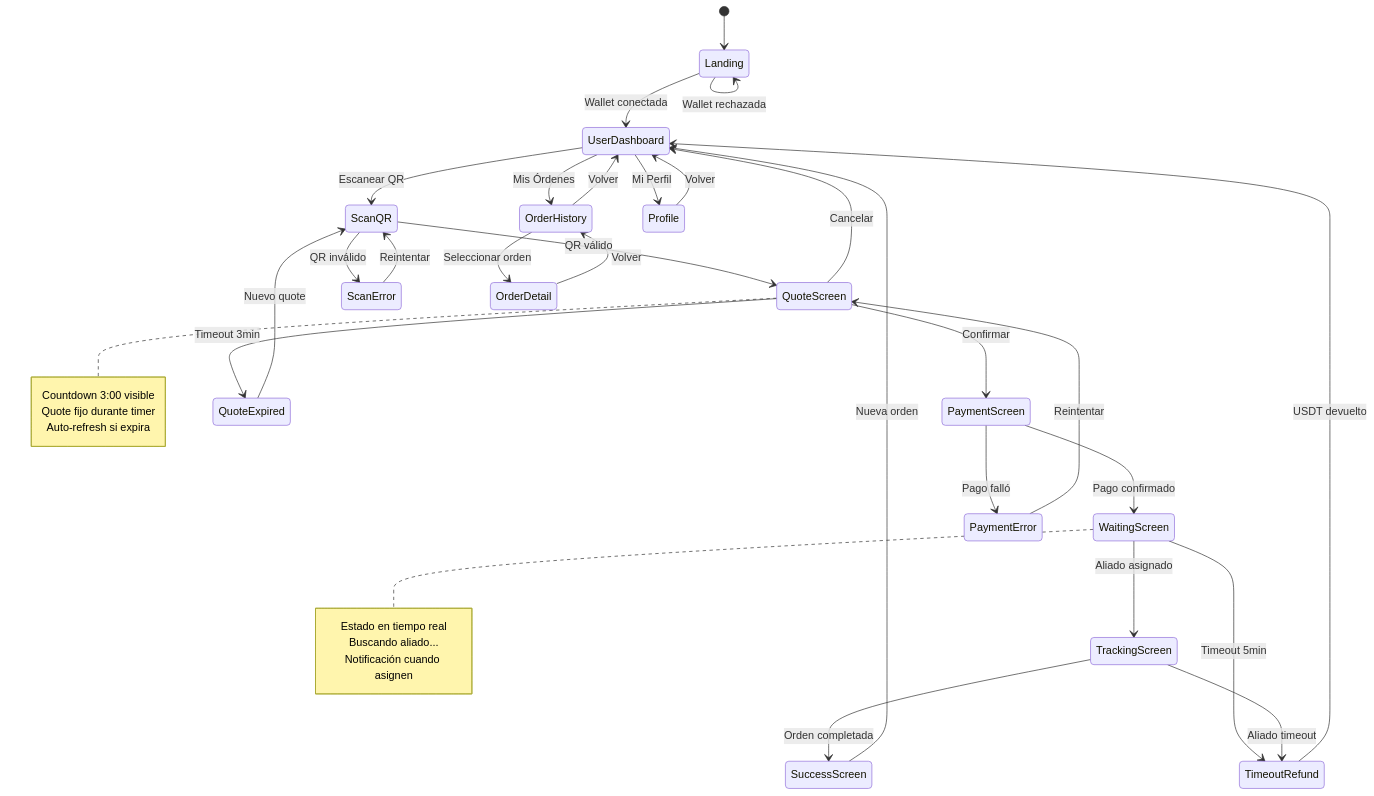
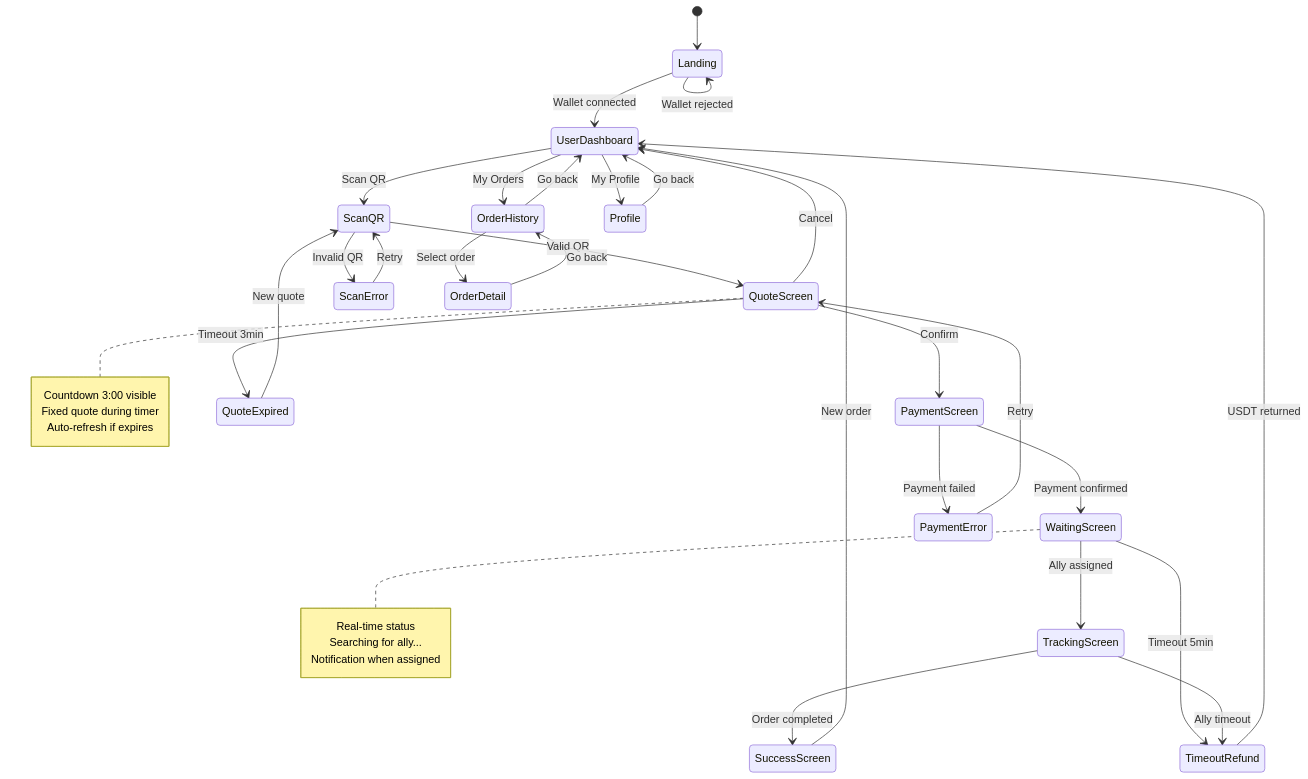
One commit to kibo-project/Kibo-Wiki changed the second of 5 diagrams in 04-navegacion-ux.md. Above: the diagram before and after it, drawn with Mermaid. The commit also changed other lines of this file and 5 other files, not shown here.

````diff
--- a/04-navegacion-ux.md
+++ b/04-navegacion-ux.md
@@ -95,51 +95,51 @@
 ```mermaid
 stateDiagram-v2
     [*] --> Landing
     
-    Landing --> UserDashboard : Wallet conectada
-    Landing --> Landing : Wallet rechazada
+    Landing --> UserDashboard : Wallet connected
+    Landing --> Landing : Wallet rejected
     
-    UserDashboard --> ScanQR : Escanear QR
-    UserDashboard --> OrderHistory : Mis Órdenes
-    UserDashboard --> Profile : Mi Perfil
+    UserDashboard --> ScanQR : Scan QR
+    UserDashboard --> OrderHistory : My Orders
+    UserDashboard --> Profile : My Profile
     
-    ScanQR --> QuoteScreen : QR válido
-    ScanQR --> ScanError : QR inválido
-    ScanError --> ScanQR : Reintentar
+    ScanQR --> QuoteScreen : Valid QR
+    ScanQR --> ScanError : Invalid QR
+    ScanError --> ScanQR : Retry
     
-    QuoteScreen --> PaymentScreen : Confirmar
-    QuoteScreen --> UserDashboard : Cancelar
+    QuoteScreen --> PaymentScreen : Confirm
+    QuoteScreen --> UserDashboard : Cancel
     QuoteScreen --> QuoteExpired : Timeout 3min
-    QuoteExpired --> ScanQR : Nuevo quote
+    QuoteExpired --> ScanQR : New quote
     
-    PaymentScreen --> WaitingScreen : Pago confirmado
-    PaymentScreen --> PaymentError : Pago falló
-    PaymentError --> QuoteScreen : Reintentar
+    PaymentScreen --> WaitingScreen : Payment confirmed
+    PaymentScreen --> PaymentError : Payment failed
+    PaymentError --> QuoteScreen : Retry
     
-    WaitingScreen --> TrackingScreen : Aliado asignado
+    WaitingScreen --> TrackingScreen : Ally assigned
     WaitingScreen --> TimeoutRefund : Timeout 5min
     
-    TrackingScreen --> SuccessScreen : Orden completada
-    TrackingScreen --> TimeoutRefund : Aliado timeout
+    TrackingScreen --> SuccessScreen : Order completed
+    TrackingScreen --> TimeoutRefund : Ally timeout
     
-    TimeoutRefund --> UserDashboard : USDT devuelto
-    SuccessScreen --> UserDashboard : Nueva orden
+    TimeoutRefund --> UserDashboard : USDT returned
+    SuccessScreen --> UserDashboard : New order
     
-    OrderHistory --> OrderDetail : Seleccionar orden
-    OrderDetail --> OrderHistory : Volver
-    OrderHistory --> UserDashboard : Volver
+    OrderHistory --> OrderDetail : Select order
+    OrderDetail --> OrderHistory : Go back
+    OrderHistory --> UserDashboard : Go back
     
-    Profile --> UserDashboard : Volver
+    Profile --> UserDashboard : Go back
 
     note right of QuoteScreen
         Countdown 3:00 visible
-        Quote fijo durante timer
-        Auto-refresh si expira
+        Fixed quote during timer
+        Auto-refresh if expires
     end note
 
     note right of WaitingScreen
-        Estado en tiempo real
-        Buscando aliado...
-        Notificación cuando asignen
+        Real-time status
+        Searching for ally...
+        Notification when assigned
     end note
 ```
````
